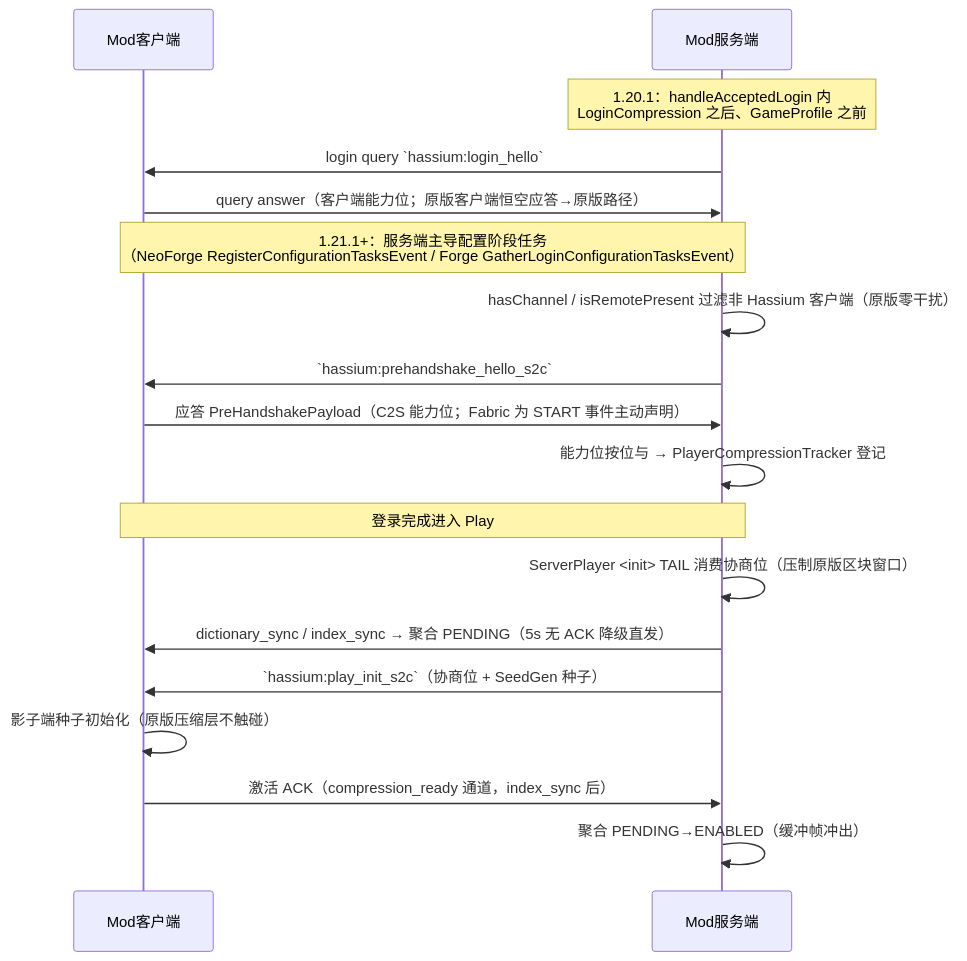
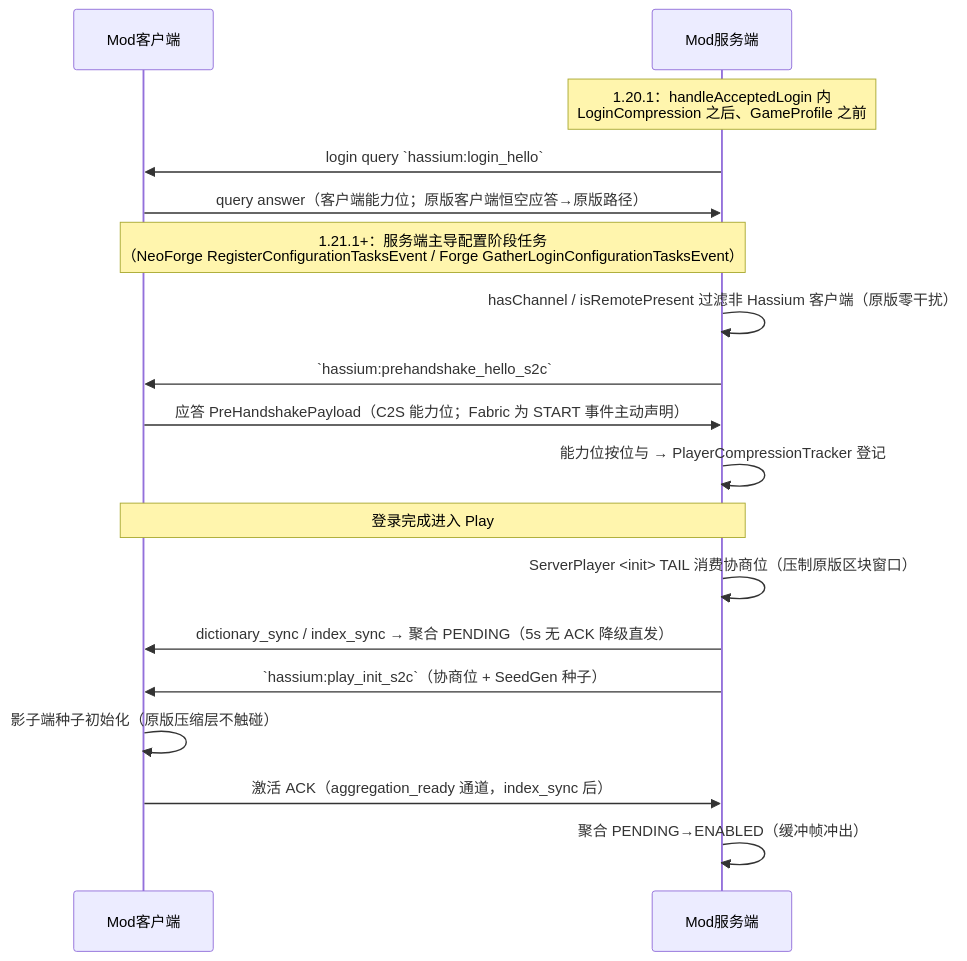
Before and after one commit to limuqy/Hassium: the first of 3 diagrams in docs/architecture.md, drawn with Mermaid. The commit also changed other lines of this file and 58 other files, not shown here.

````diff
--- a/docs/architecture.md
+++ b/docs/architecture.md
@@ -52,20 +52,20 @@
 ```mermaid
 sequenceDiagram
   participant C as Mod客户端
   participant S as Mod服务端
   Note over S: 1.20.1：handleAcceptedLogin 内<br/>LoginCompression 之后、GameProfile 之前
   S->>C: login query `hassium:login_hello`
   C->>S: query answer（客户端能力位；原版客户端恒空应答→原版路径）
   Note over C,S: 1.21.1+：服务端主导配置阶段任务<br/>（NeoForge RegisterConfigurationTasksEvent / Forge GatherLoginConfigurationTasksEvent）
   S->>S: hasChannel / isRemotePresent 过滤非 Hassium 客户端（原版零干扰）
   S->>C: `hassium:prehandshake_hello_s2c`
   C->>S: 应答 PreHandshakePayload（C2S 能力位；Fabric 为 START 事件主动声明）
   S->>S: 能力位按位与 → PlayerCompressionTracker 登记
   Note over C,S: 登录完成进入 Play
   S->>S: ServerPlayer <init> TAIL 消费协商位（压制原版区块窗口）
   S->>C: dictionary_sync / index_sync → 聚合 PENDING（5s 无 ACK 降级直发）
   S->>C: `hassium:play_init_s2c`（协商位 + SeedGen 种子）
   C->>C: 影子端种子初始化（原版压缩层不触碰）
-  C->>S: 激活 ACK（compression_ready 通道，index_sync 后）
+  C->>S: 激活 ACK（aggregation_ready 通道，index_sync 后）
   S->>S: 聚合 PENDING→ENABLED（缓冲帧冲出）
 ```
````
